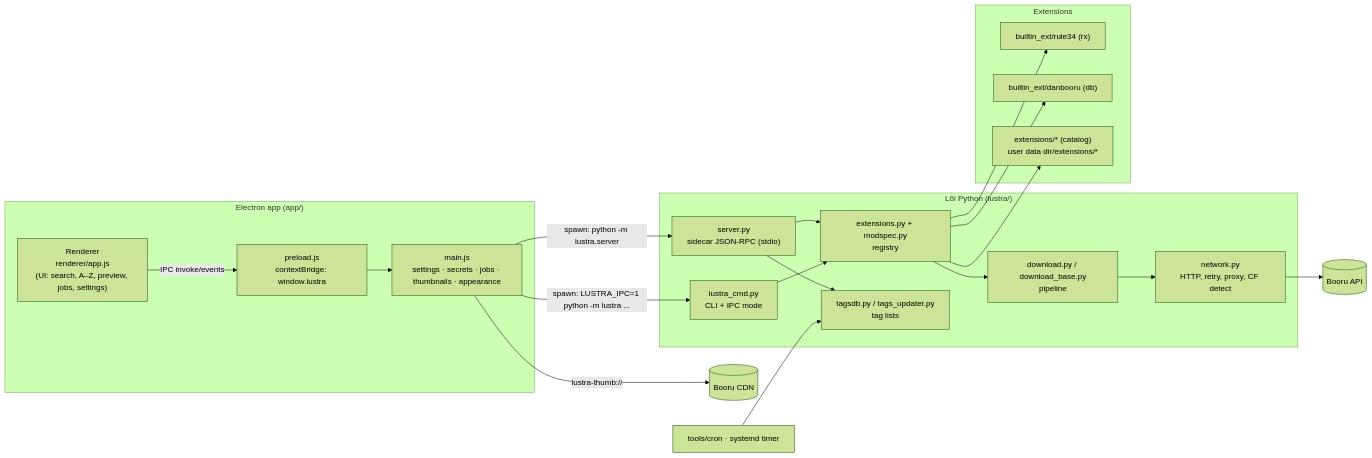
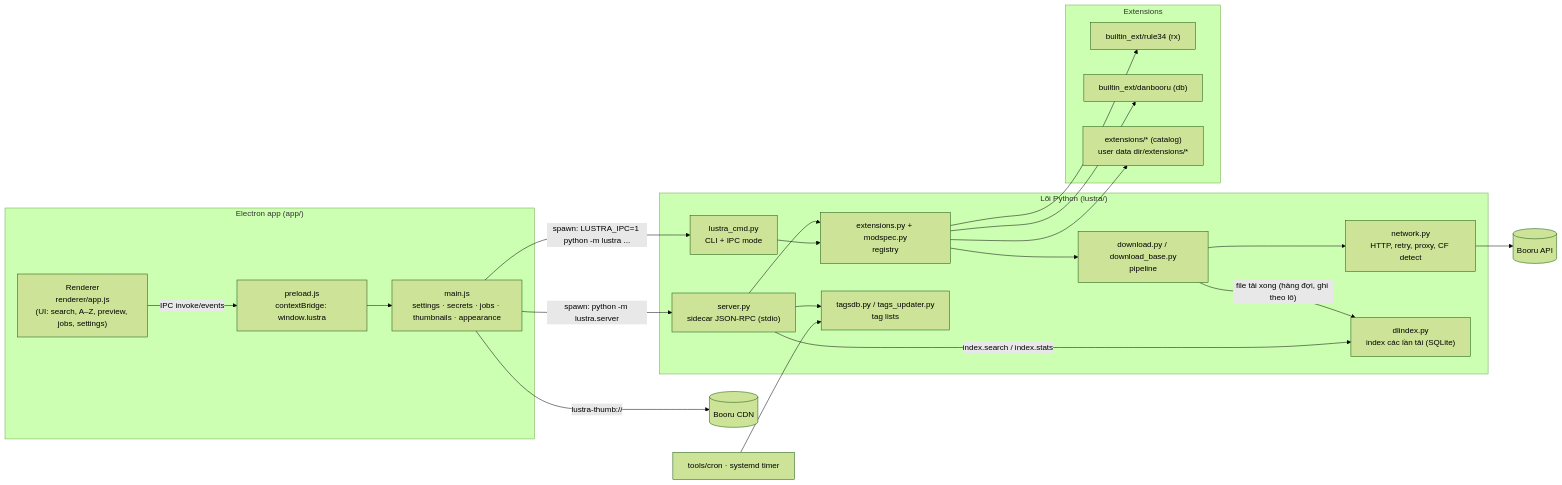
The diagram in docs/components.md (Leiz-Workspace/Lustra), drawn with Mermaid (forest theme) before and after one commit. The commit also changed other lines of this file and 19 other files, not shown here.

````diff
--- a/docs/components.md
+++ b/docs/components.md
@@ -9,30 +9,33 @@
 ```mermaid
 flowchart LR
   subgraph Electron["Electron app (app/)"]
     R["Renderer<br/>renderer/app.js<br/>(UI: search, A–Z, preview, jobs, settings)"]
     P["preload.js<br/>contextBridge: window.lustra"]
     M["main.js<br/>settings · secrets · jobs · thumbnails · appearance"]
   end
   subgraph Python["Lõi Python (lustra/)"]
     S["server.py<br/>sidecar JSON-RPC (stdio)"]
     C["lustra_cmd.py<br/>CLI + IPC mode"]
     REG["extensions.py + modspec.py<br/>registry"]
     D["download.py / download_base.py<br/>pipeline"]
     N["network.py<br/>HTTP, retry, proxy, CF detect"]
     T["tagsdb.py / tags_updater.py<br/>tag lists"]
+    I["dlindex.py<br/>index các lần tải (SQLite)"]
   end
   subgraph Ext["Extensions"]
     B1["builtin_ext/rule34 (rx)"]
     B2["builtin_ext/danbooru (db)"]
     X["extensions/* (catalog)<br/>user data dir/extensions/*"]
   end
   R -- IPC invoke/events --> P --> M
   M -- "spawn: python -m lustra.server" --> S
   M -- "spawn: LUSTRA_IPC=1 python -m lustra ..." --> C
   M -- "lustra-thumb://" --> CDN[(Booru CDN)]
   S --> REG --> D --> N --> API[(Booru API)]
   C --> REG
   S --> T
+  D -- "file tải xong (hàng đợi, ghi theo lô)" --> I
+  S -- "index.search / index.stats" --> I
   REG --> B1 & B2 & X
   CRON["tools/cron · systemd timer"] --> T
 ```
````
